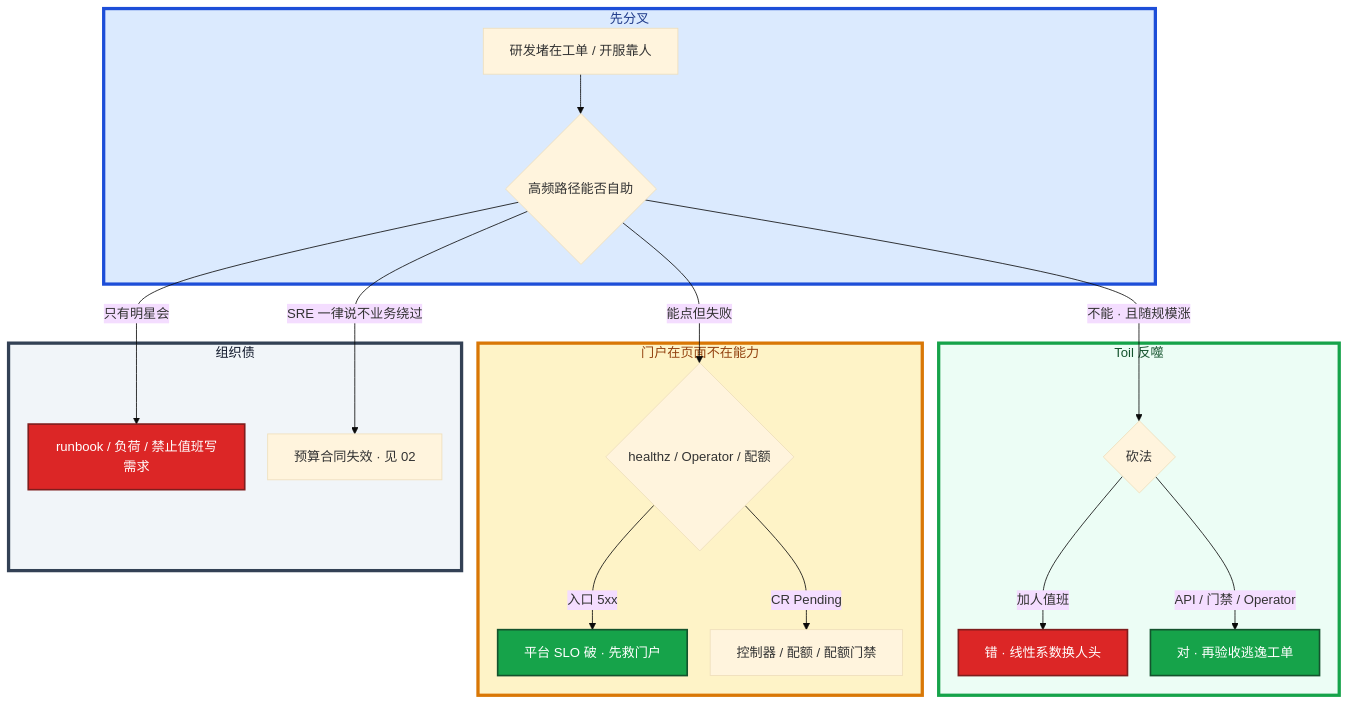
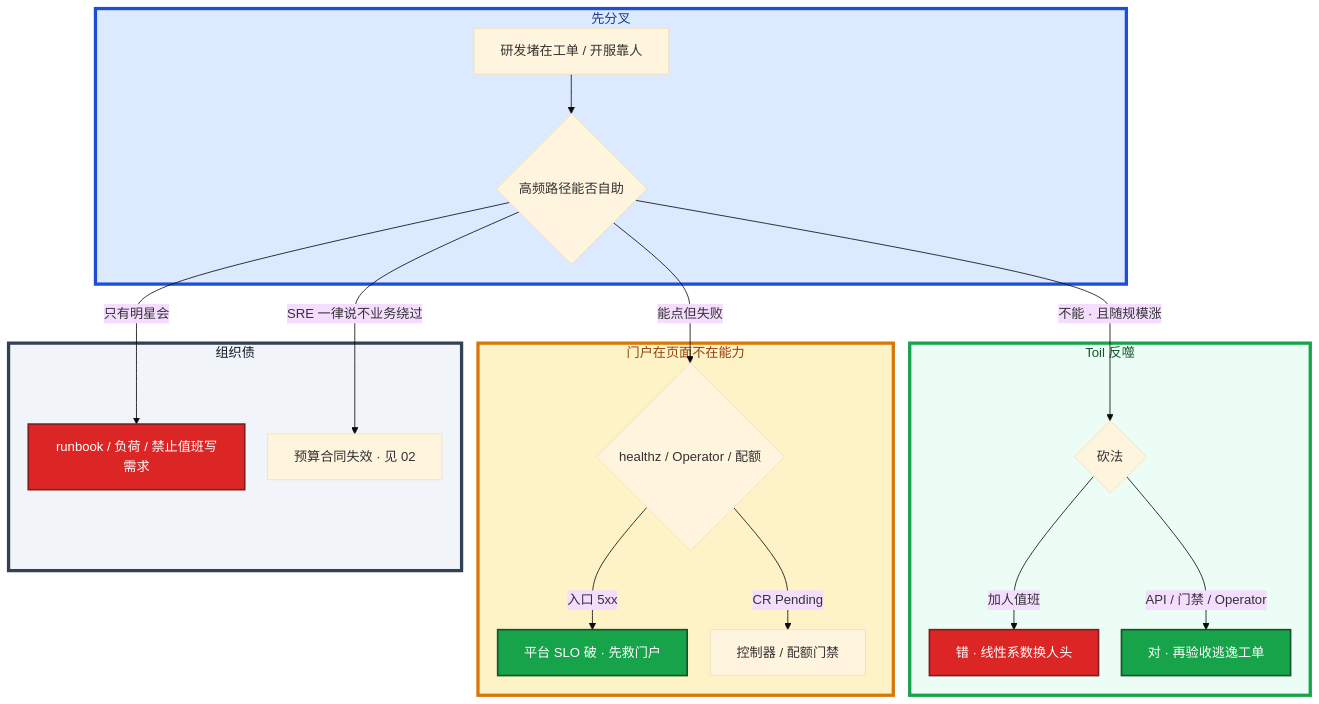
The sixth of 6 diagrams in 10-SRE实践/01-SRE职责与平台工程/知识点.md (ml-cuizijun/LearnToLilith), drawn with Mermaid before and after one commit. The commit also changed other lines of this file and 107 other files, not shown here.

````diff
--- a/10-SRE实践/01-SRE职责与平台工程/知识点.md
+++ b/10-SRE实践/01-SRE职责与平台工程/知识点.md
@@ -452,34 +528,34 @@
 ```mermaid
 %%{init: {"flowchart": {"padding": 16, "nodeSpacing": 28, "rankSpacing": 48}, "theme": "base"}}%%
 flowchart TB
     subgraph gate ["先分叉"]
         A[研发堵在工单 / 开服靠人] --> B{高频路径能否自助}
     end
 
     subgraph toil ["Toil 反噬"]
         B -->|不能 · 且随规模涨| C{砍法}
         C -->|加人值班| D[错 · 线性系数换人头]
         C -->|API / 门禁 / Operator| E[对 · 再验收逃逸工单]
     end
 
     subgraph plat ["门户在页面不在能力"]
         B -->|能点但失败| F{healthz / Operator / 配额}
         F -->|入口 5xx| G[平台 SLO 破 · 先救门户]
-        F -->|CR Pending| H[控制器 / 配额 / 配额门禁]
+        F -->|CR Pending| H[控制器 / 配额门禁]
     end
 
     subgraph org ["组织债"]
         B -->|只有明星会| I[runbook / 负荷 / 禁止值班写需求]
         B -->|SRE 一律说不业务绕过| J[预算合同失效 · 见 02]
     end
 
     classDef bad fill:#DC2626,stroke:#7F1D1D,stroke-width:2px,color:#fff
     classDef ok fill:#16A34A,stroke:#14532D,stroke-width:2px,color:#fff
     class D,I bad
     class E,G ok
 
     style gate fill:#DBEAFE,stroke:#1D4ED8,stroke-width:4px,color:#1E3A8A
     style toil fill:#ECFDF5,stroke:#16A34A,stroke-width:4px,color:#14532D
     style plat fill:#FEF3C7,stroke:#D97706,stroke-width:4px,color:#92400E
     style org fill:#F1F5F9,stroke:#334155,stroke-width:4px,color:#0F172A
 ```
````
